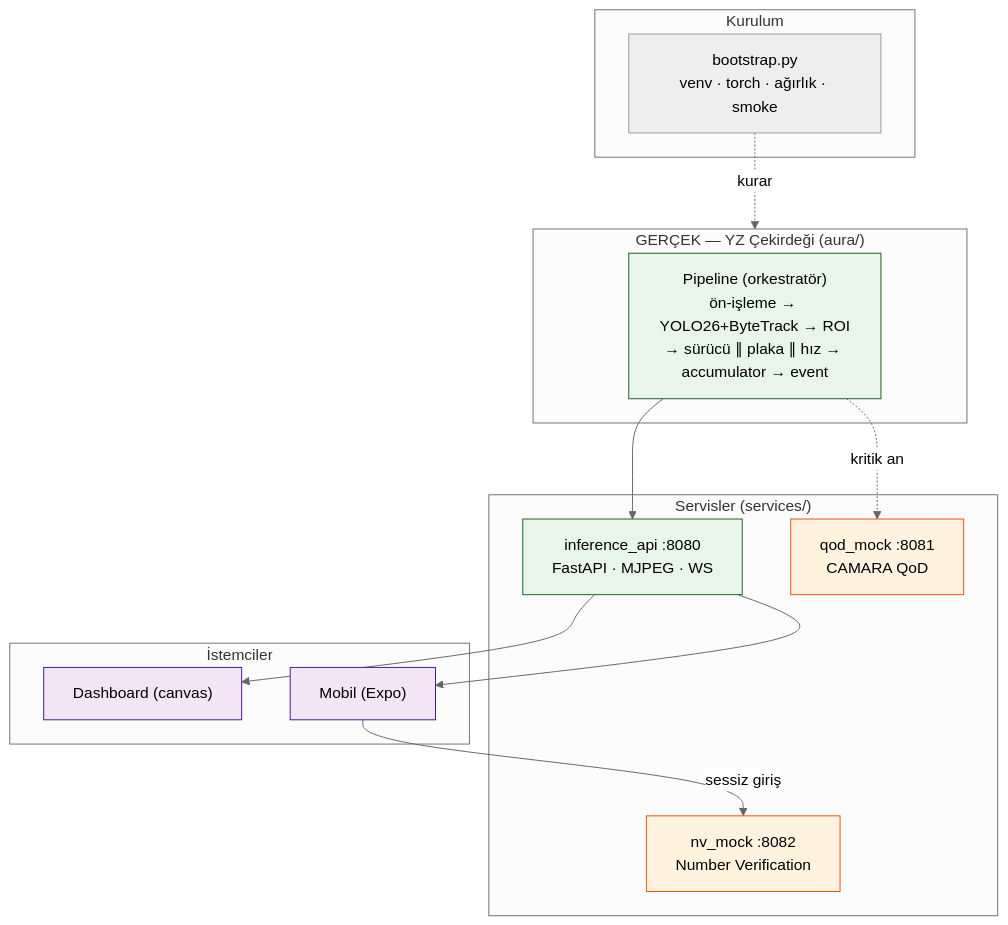
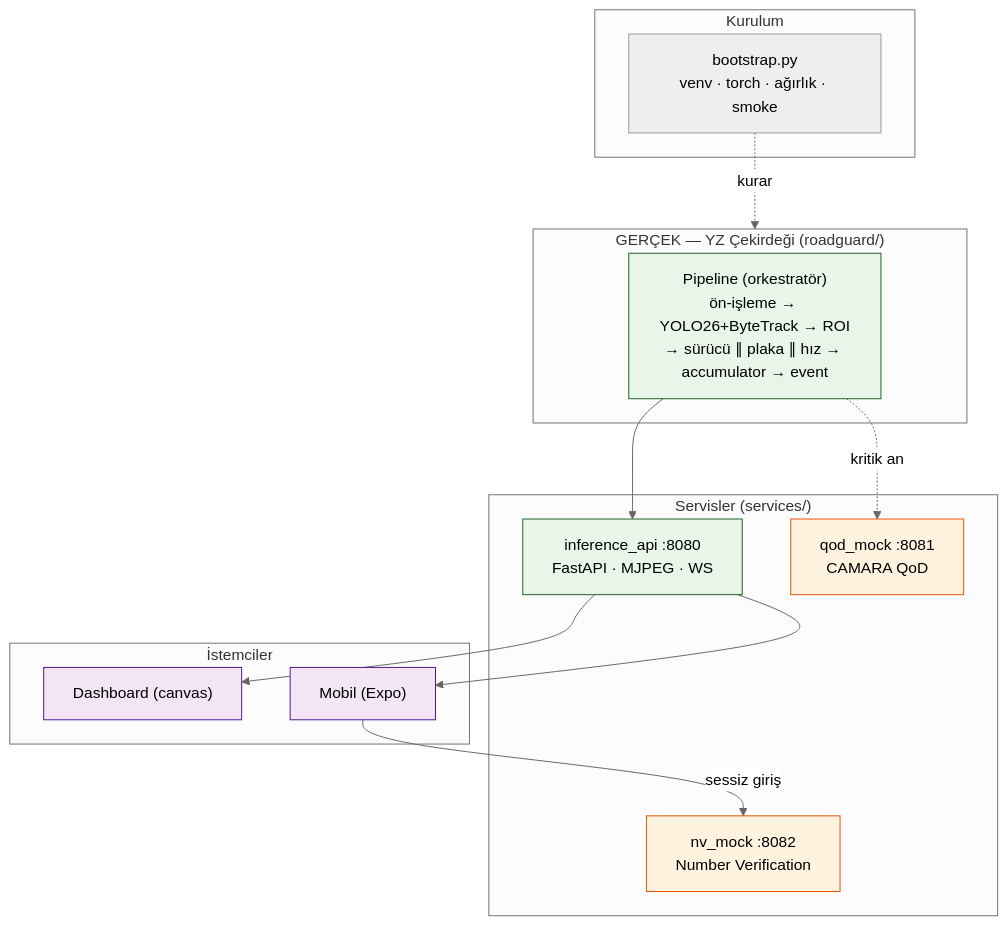
One commit to cleoanka/teknofest-prototip.v2 changed the first of 4 diagrams in ANLATIM.md. Above: the diagram before and after it, drawn with Mermaid (neutral theme). The commit also changed other lines of this file and 233 other files, not shown here.

First line of the commit message:
rebrand: tam iç rename — aura → roadguard (paket + env + sınıf + alan adları)

````diff
--- a/ANLATIM.md
+++ b/ANLATIM.md
@@ -46,31 +46,31 @@
 ```mermaid
 flowchart TB
     subgraph SETUP["Kurulum"]
         BOOT["bootstrap.py<br/>venv · torch · ağırlık · smoke"]
     end
-    subgraph REAL["GERÇEK — YZ Çekirdeği (aura/)"]
+    subgraph REAL["GERÇEK — YZ Çekirdeği (roadguard/)"]
         PIPE["Pipeline (orkestratör)<br/>ön-işleme → YOLO26+ByteTrack → ROI<br/>→ sürücü ∥ plaka ∥ hız → accumulator → event"]
     end
     subgraph SVC["Servisler (services/)"]
         API["inference_api :8080<br/>FastAPI · MJPEG · WS"]
         QODM["qod_mock :8081<br/>CAMARA QoD"]
         NVM["nv_mock :8082<br/>Number Verification"]
     end
     subgraph CLIENT["İstemciler"]
         DASH["Dashboard (canvas)"]
         MOB["Mobil (Expo)"]
     end
     BOOT -.kurar.-> REAL
     PIPE --> API
     API --> DASH
     API --> MOB
     PIPE -. "kritik an" .-> QODM
     MOB -- "sessiz giriş" --> NVM
 
     classDef real fill:#e8f5e9,stroke:#1b5e20;
     classDef mock fill:#fff3e0,stroke:#e65100;
     classDef cli fill:#f3e5f5,stroke:#4a148c;
     class PIPE,API real;
     class QODM,NVM mock;
     class DASH,MOB cli;
 ```
````
